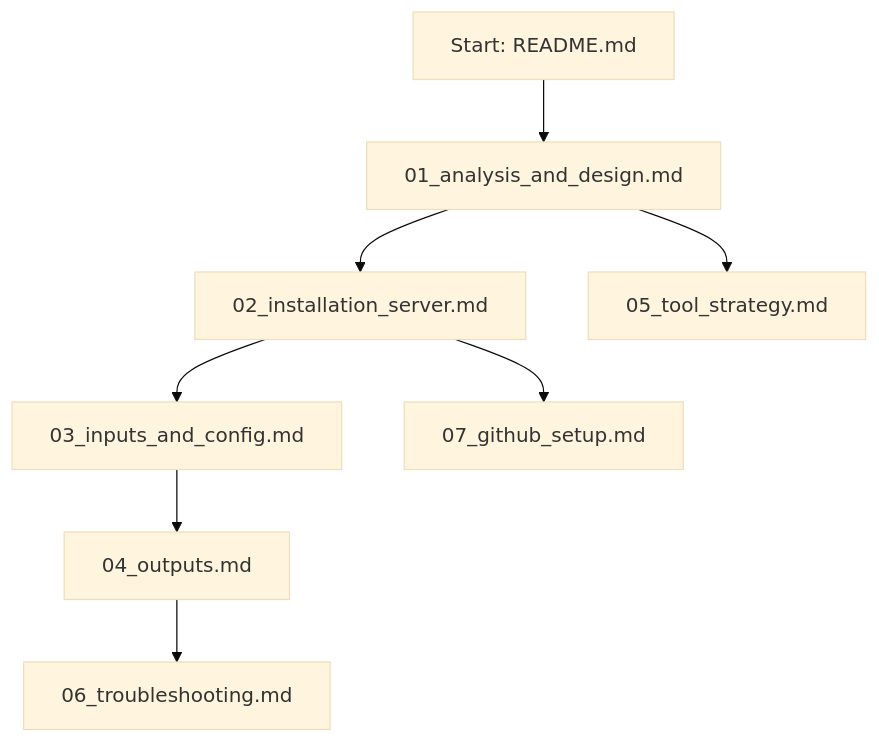
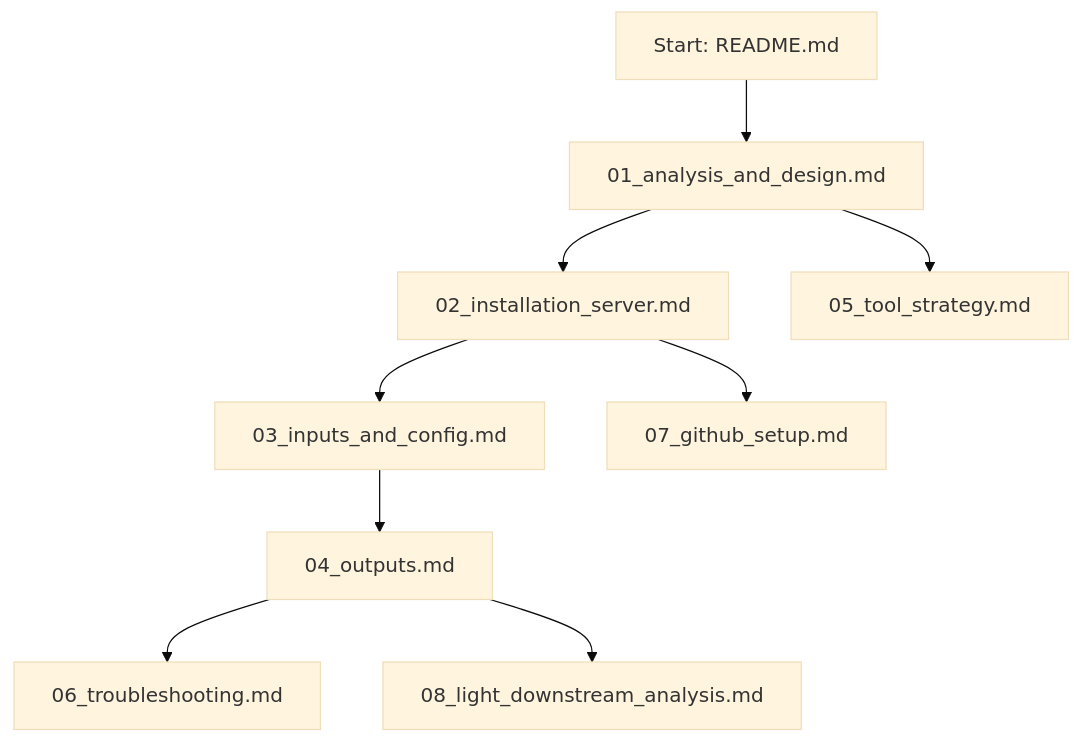
One commit to MichalGd/microc2tracks changed the diagram in docs/README.md. Above: the diagram before and after it, drawn with Mermaid (base theme). The commit also changed other lines of this file and 20 other files, not shown here.

Commit message:
v2.0 snetinels, paralelization, downstream analysis

````diff
--- a/docs/README.md
+++ b/docs/README.md
@@ -3,10 +3,11 @@
 ```mermaid
 flowchart TD
   A["Start: README.md"] --> B["01_analysis_and_design.md"]
   B --> C["02_installation_server.md"]
   C --> D["03_inputs_and_config.md"]
   D --> E["04_outputs.md"]
   B --> F["05_tool_strategy.md"]
   E --> G["06_troubleshooting.md"]
   C --> H["07_github_setup.md"]
+  E --> I["08_light_downstream_analysis.md"]
 ```
````
